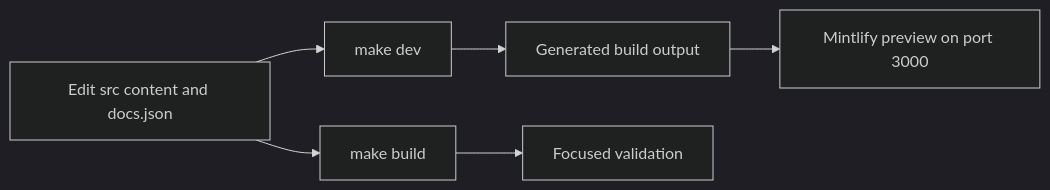
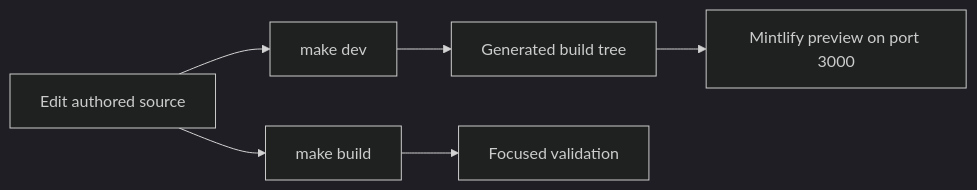
Before and after one commit to langchain-ai/docs: the diagram in openwiki/quickstart.md, drawn with Mermaid (dark theme). The commit also changed other lines of this file and 14 other files, not shown here.

````diff
--- a/openwiki/quickstart.md
+++ b/openwiki/quickstart.md
@@ -52,8 +58,8 @@
 ```mermaid
 flowchart LR
-  Source["Edit src content and docs.json"] --> Dev["make dev"]
-  Dev --> Generated["Generated build output"]
-  Generated --> Preview["Mintlify preview on port 3000"]
-  Source --> Build["make build"]
-  Build --> Checks["Focused validation"]
+  Source["Edit authored source"] --> Dev["make dev"]
+  Dev --> Build["Generated build tree"]
+  Build --> Preview["Mintlify preview on port 3000"]
+  Source --> Clean["make build"]
+  Clean --> Checks["Focused validation"]
 ```
````
